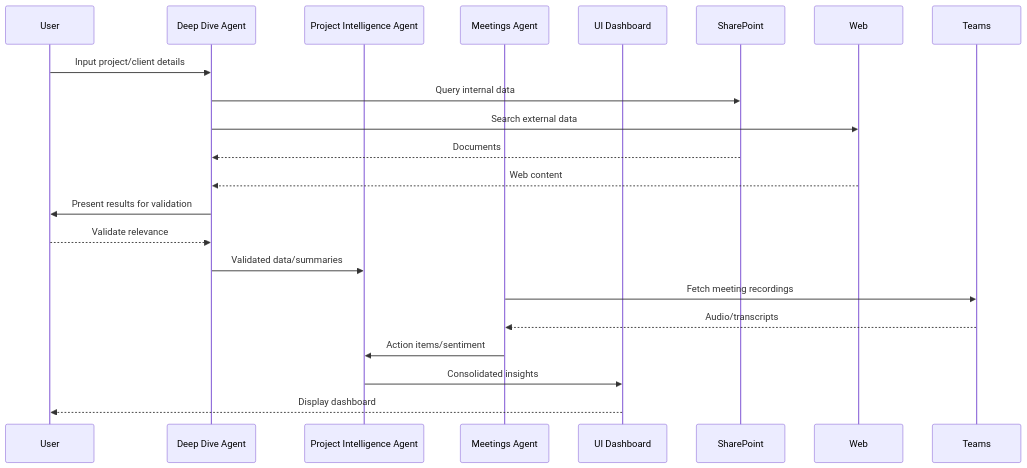
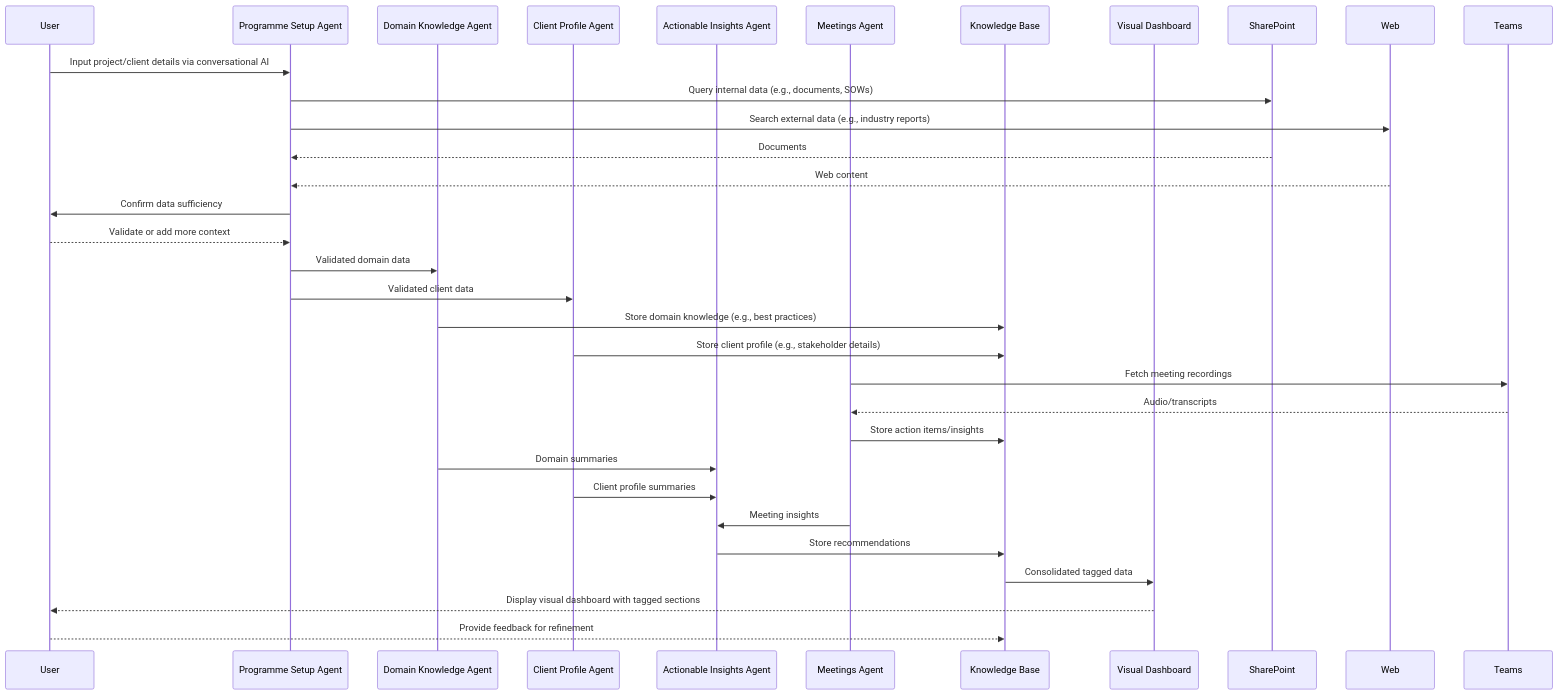
The first of 4 diagrams in doc/images/diagrams.md (KSProjectX/KS-onboarding), drawn with Mermaid before and after one commit. The commit also changed other lines of this file and 13 other files, not shown here.

````diff
--- a/doc/images/diagrams.md
+++ b/doc/images/diagrams.md
@@ -1,25 +1,36 @@
 ```mermaid
 sequenceDiagram
     participant User
-    participant DD as Deep Dive Agent
-    participant PI as Project Intelligence Agent
+    participant PSA as Programme Setup Agent
+    participant DKA as Domain Knowledge Agent
+    participant CPA as Client Profile Agent
+    participant AIA as Actionable Insights Agent
     participant MA as Meetings Agent
-    participant UI as UI Dashboard
+    participant KB as Knowledge Base
+    participant UI as Visual Dashboard
     participant SharePoint
     participant Web
     participant Teams
 
-    User->>DD: Input project/client details
-    DD->>SharePoint: Query internal data
-    DD->>Web: Search external data
-    SharePoint-->>DD: Documents
-    Web-->>DD: Web content
-    DD->>User: Present results for validation
-    User-->>DD: Validate relevance
-    DD->>PI: Validated data/summaries
+    User->>PSA: Input project/client details via conversational AI
+    PSA->>SharePoint: Query internal data (e.g., documents, SOWs)
+    PSA->>Web: Search external data (e.g., industry reports)
+    SharePoint-->>PSA: Documents
+    Web-->>PSA: Web content
+    PSA->>User: Confirm data sufficiency
+    User-->>PSA: Validate or add more context
+    PSA->>DKA: Validated domain data
+    PSA->>CPA: Validated client data
+    DKA->>KB: Store domain knowledge (e.g., best practices)
+    CPA->>KB: Store client profile (e.g., stakeholder details)
     MA->>Teams: Fetch meeting recordings
     Teams-->>MA: Audio/transcripts
-    MA->>PI: Action items/sentiment
-    PI->>UI: Consolidated insights
-    UI-->>User: Display dashboard
+    MA->>KB: Store action items/insights
+    DKA->>AIA: Domain summaries
+    CPA->>AIA: Client profile summaries
+    MA->>AIA: Meeting insights
+    AIA->>KB: Store recommendations
+    KB->>UI: Consolidated tagged data
+    UI-->>User: Display visual dashboard with tagged sections
+    User-->>KB: Provide feedback for refinement
 ```
````
